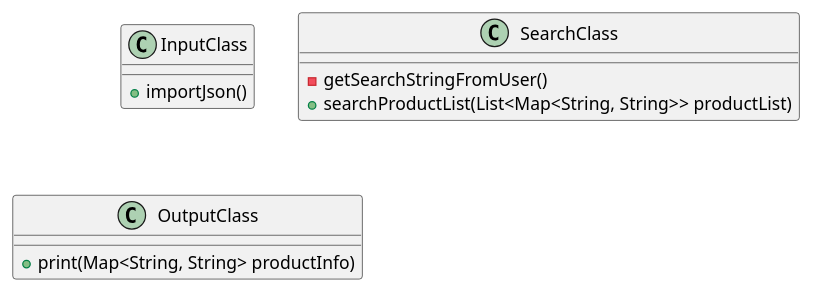
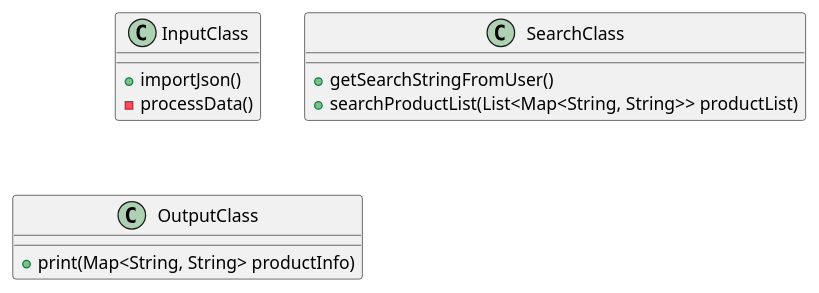
One commit to BlakeLoch/lochmandy-a04 changed the diagram in exercise44/docs/Class Diagram.puml. Above: the diagram before and after it, drawn with PlantUML. The commit also changed 11 other files, not shown here.

```diff
--- a/exercise44/docs/Class Diagram.puml
+++ b/exercise44/docs/Class Diagram.puml
@@ -1,16 +1,17 @@
 @startuml
 
 class InputClass {
   +importJson()
+  -processData()
 }
 
 class SearchClass {
-  -getSearchStringFromUser()
+  +getSearchStringFromUser()
   +searchProductList(List<Map<String, String>> productList)
 }
 
 class OutputClass {
   +print(Map<String, String> productInfo)
 }
 
 @enduml
```
